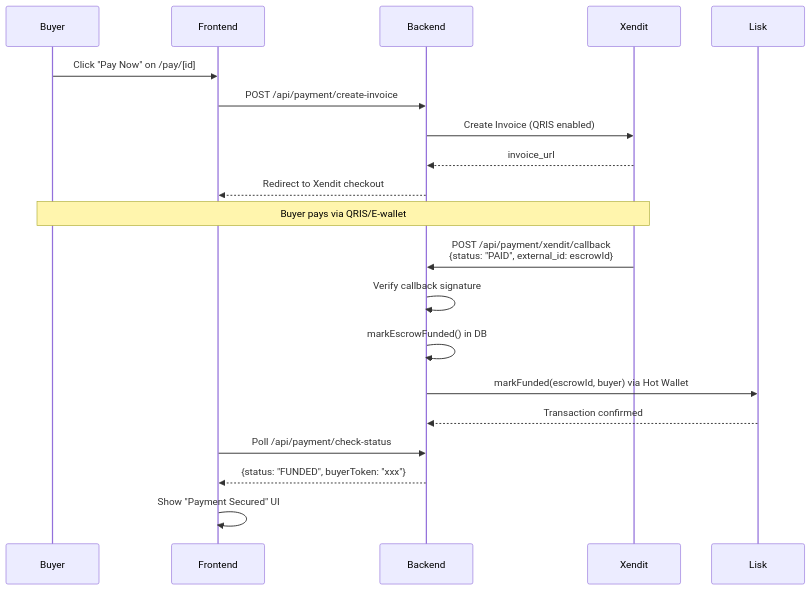
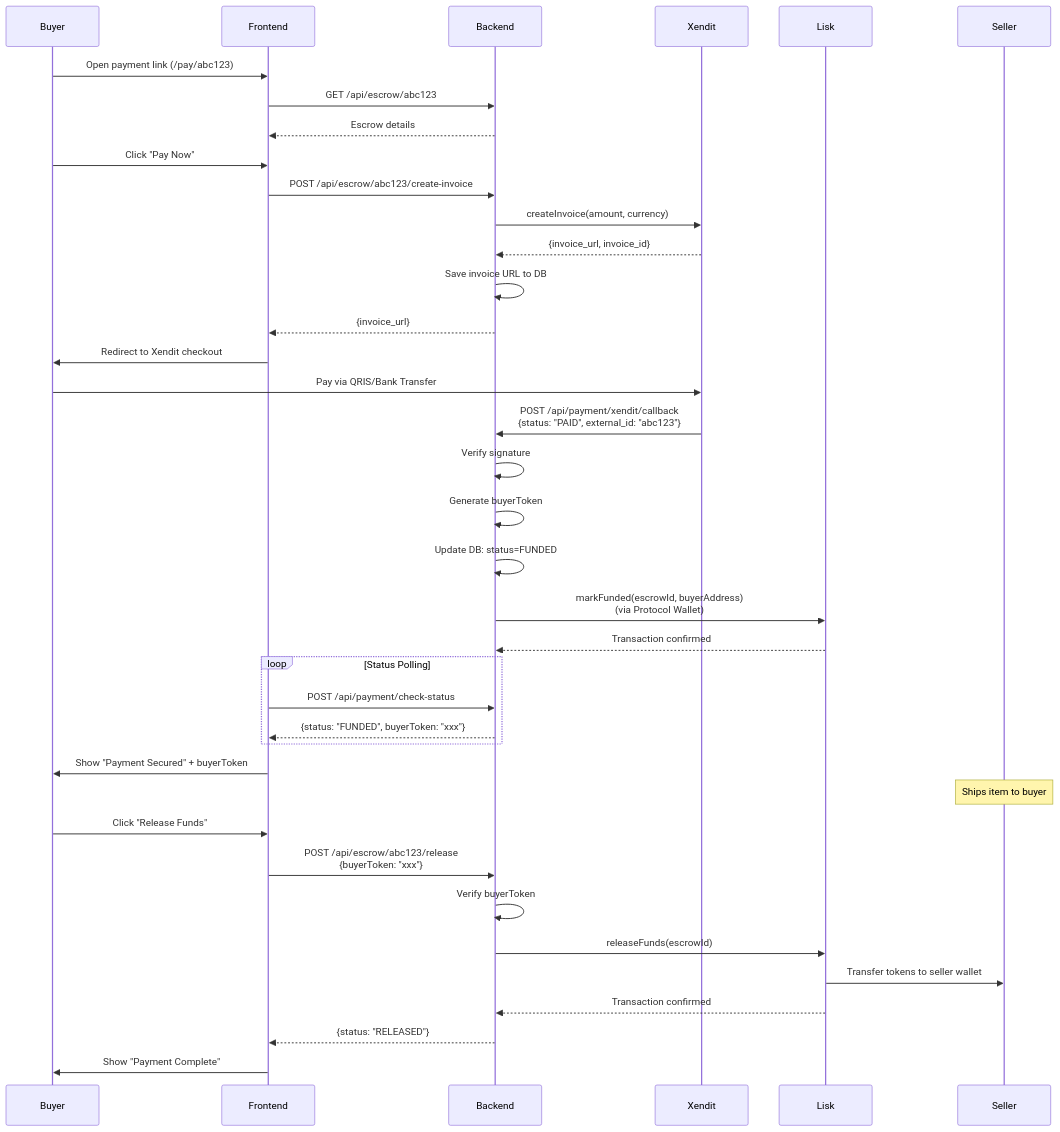
Before and after one commit to pramadanif/vouch: the third of 4 diagrams in README.md, drawn with Mermaid. The commit also changed other lines of this file, not shown here.

````diff
--- a/README.md
+++ b/README.md
@@ -170,26 +294,49 @@
 ```mermaid
 sequenceDiagram
     participant Buyer
     participant Frontend
     participant Backend
     participant Xendit
     participant Lisk
+    participant Seller
 
-    Buyer->>Frontend: Click "Pay Now" on /pay/[id]
-    Frontend->>Backend: POST /api/payment/create-invoice
-    Backend->>Xendit: Create Invoice (QRIS enabled)
-    Xendit-->>Backend: invoice_url
-    Backend-->>Frontend: Redirect to Xendit checkout
+    Buyer->>Frontend: Open payment link (/pay/abc123)
+    Frontend->>Backend: GET /api/escrow/abc123
+    Backend-->>Frontend: Escrow details
 
-    Note over Buyer,Xendit: Buyer pays via QRIS/E-wallet
-
-    Xendit->>Backend: POST /api/payment/xendit/callback<br/>{status: "PAID", external_id: escrowId}
-    Backend->>Backend: Verify callback signature
-    Backend->>Backend: markEscrowFunded() in DB
-    Backend->>Lisk: markFunded(escrowId, buyer) via Hot Wallet
+    Buyer->>Frontend: Click "Pay Now"
+    Frontend->>Backend: POST /api/escrow/abc123/create-invoice
+    Backend->>Xendit: createInvoice(amount, currency)
+    Xendit-->>Backend: {invoice_url, invoice_id}
+    Backend->>Backend: Save invoice URL to DB
+    Backend-->>Frontend: {invoice_url}
+    
+    Frontend->>Buyer: Redirect to Xendit checkout
+    Buyer->>Xendit: Pay via QRIS/Bank Transfer
+    Xendit->>Backend: POST /api/payment/xendit/callback<br/>{status: "PAID", external_id: "abc123"}
+    
+    Backend->>Backend: Verify signature
+    Backend->>Backend: Generate buyerToken
+    Backend->>Backend: Update DB: status=FUNDED
+    
+    Backend->>Lisk: markFunded(escrowId, buyerAddress)<br/>(via Protocol Wallet)
     Lisk-->>Backend: Transaction confirmed
-
-    Frontend->>Backend: Poll /api/payment/check-status
-    Backend-->>Frontend: {status: "FUNDED", buyerToken: "xxx"}
-    Frontend->>Frontend: Show "Payment Secured" UI
+    
+    loop Status Polling
+        Frontend->>Backend: POST /api/payment/check-status
+        Backend-->>Frontend: {status: "FUNDED", buyerToken: "xxx"}
+    end
+    
+    Frontend->>Buyer: Show "Payment Secured" + buyerToken
+    
+    Note over Seller: Ships item to buyer
+    
+    Buyer->>Frontend: Click "Release Funds"
+    Frontend->>Backend: POST /api/escrow/abc123/release<br/>{buyerToken: "xxx"}
+    Backend->>Backend: Verify buyerToken
+    Backend->>Lisk: releaseFunds(escrowId)
+    Lisk->>Seller: Transfer tokens to seller wallet
+    Lisk-->>Backend: Transaction confirmed
+    Backend-->>Frontend: {status: "RELEASED"}
+    Frontend->>Buyer: Show "Payment Complete"
 ```
````
